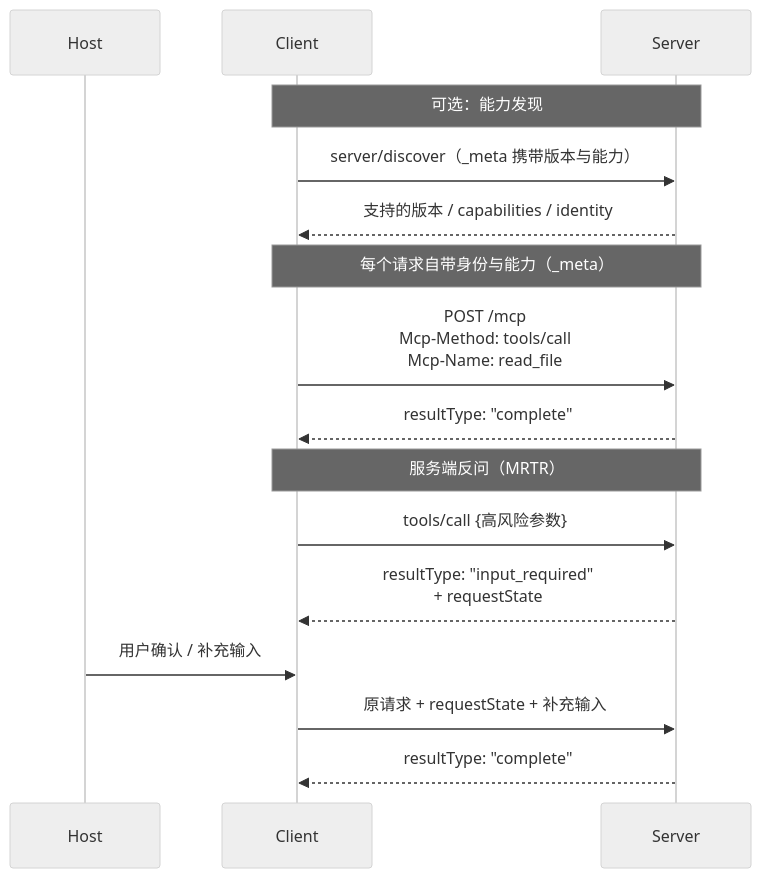
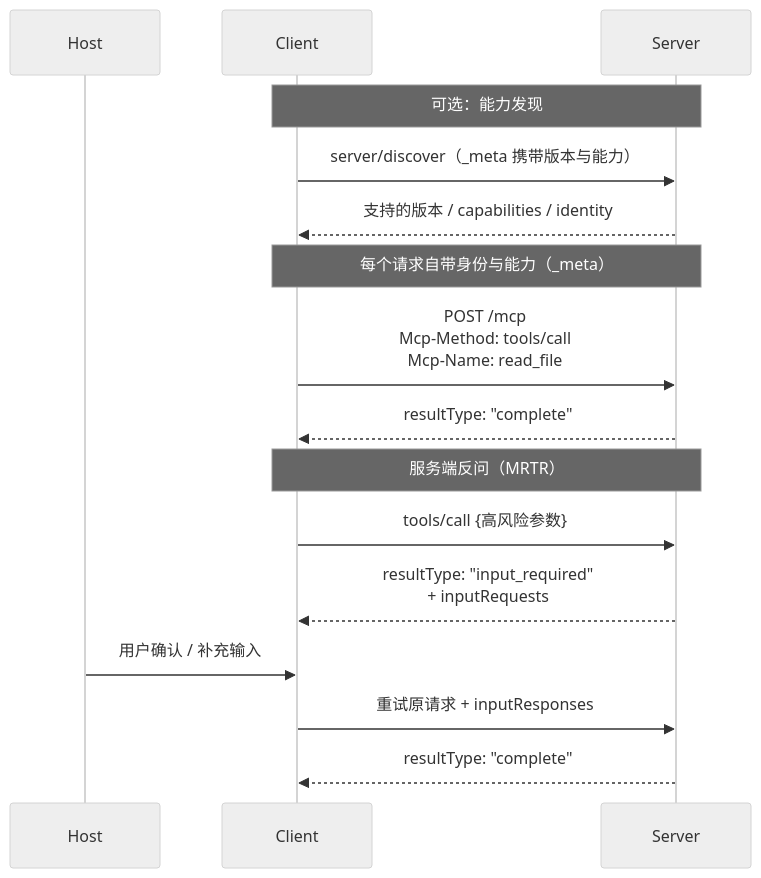
The third of 3 diagrams in docs/05-agent/mcp/04-protocol-workflow.md (cypggs/AI_Infra_Handbook), drawn with Mermaid (neutral theme) before and after one commit. The commit also changed other lines of this file and 13 other files, not shown here.

````diff
--- a/docs/05-agent/mcp/04-protocol-workflow.md
+++ b/docs/05-agent/mcp/04-protocol-workflow.md
@@ -289,21 +291,21 @@
 ```mermaid
 sequenceDiagram
     participant H as Host
     participant C as Client
     participant S as Server
 
     Note over C,S: 可选：能力发现
     C->>S: server/discover（_meta 携带版本与能力）
     S-->>C: 支持的版本 / capabilities / identity
 
     Note over C,S: 每个请求自带身份与能力（_meta）
     C->>S: POST /mcp<br/>Mcp-Method: tools/call<br/>Mcp-Name: read_file
     S-->>C: resultType: "complete"
 
     Note over C,S: 服务端反问（MRTR）
     C->>S: tools/call {高风险参数}
-    S-->>C: resultType: "input_required"<br/>+ requestState
+    S-->>C: resultType: "input_required"<br/>+ inputRequests
     H->>C: 用户确认 / 补充输入
-    C->>S: 原请求 + requestState + 补充输入
+    C->>S: 重试原请求 + inputResponses
     S-->>C: resultType: "complete"
 ```
````
